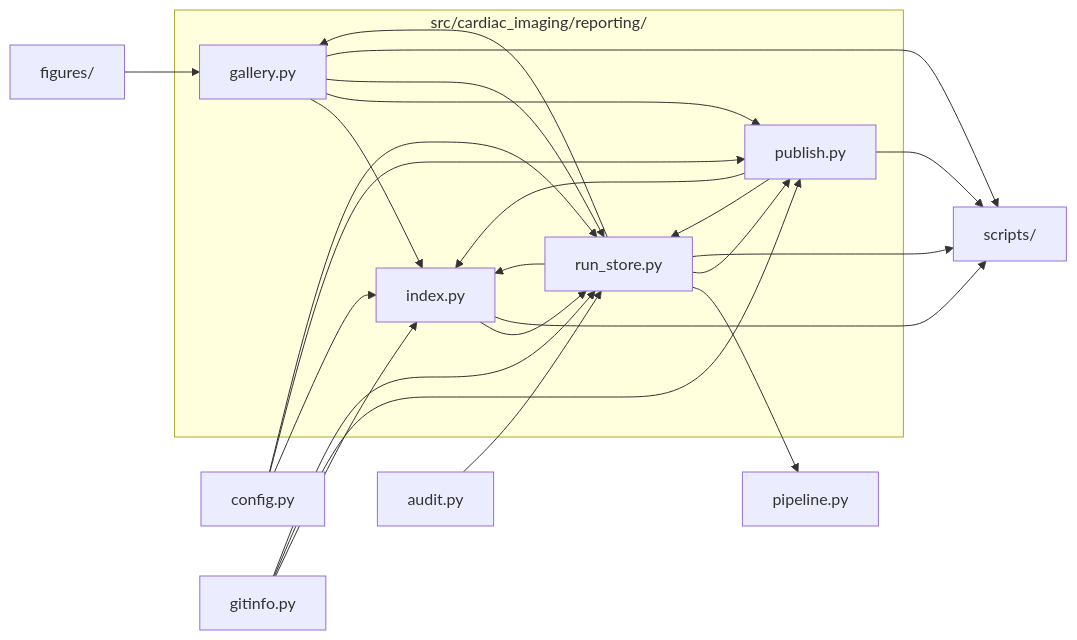
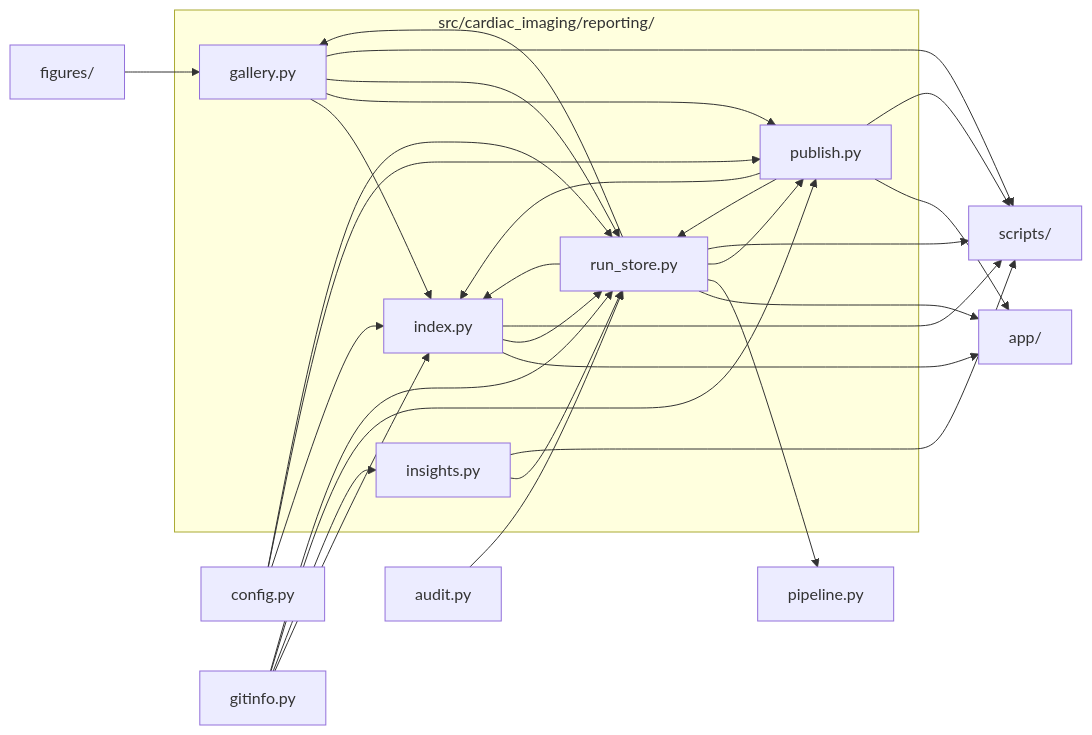
One commit to drsanjna/cardiac-imaging-medicare changed the diagram in src/cardiac_imaging/reporting/README.md. Above: the diagram before and after it, drawn with Mermaid. The commit also changed other lines of this file and 62 other files, not shown here.

````diff
--- a/src/cardiac_imaging/reporting/README.md
+++ b/src/cardiac_imaging/reporting/README.md
@@ -11,37 +11,45 @@
 ```mermaid
 flowchart LR
   subgraph here["src/cardiac_imaging/reporting/"]
     n_gallery_py["gallery.py"]
     n_index_py["index.py"]
+    n_insights_py["insights.py"]
     n_publish_py["publish.py"]
     n_run_store_py["run_store.py"]
   end
+  n_app_["app/"]
   n_audit_py["audit.py"]
   n_config_py["config.py"]
   n_figures_["figures/"]
   n_gitinfo_py["gitinfo.py"]
   n_pipeline_py["pipeline.py"]
   n_scripts_["scripts/"]
   n_audit_py --> n_run_store_py
   n_config_py --> n_index_py
   n_config_py --> n_publish_py
   n_config_py --> n_run_store_py
   n_figures_ --> n_gallery_py
   n_gallery_py --> n_index_py
   n_gallery_py --> n_publish_py
   n_gallery_py --> n_run_store_py
   n_gallery_py --> n_scripts_
   n_gitinfo_py --> n_index_py
+  n_gitinfo_py --> n_insights_py
   n_gitinfo_py --> n_publish_py
   n_gitinfo_py --> n_run_store_py
+  n_index_py --> n_app_
   n_index_py --> n_run_store_py
   n_index_py --> n_scripts_
+  n_insights_py --> n_run_store_py
+  n_insights_py --> n_scripts_
+  n_publish_py --> n_app_
   n_publish_py --> n_index_py
   n_publish_py --> n_run_store_py
   n_publish_py --> n_scripts_
+  n_run_store_py --> n_app_
   n_run_store_py --> n_gallery_py
   n_run_store_py --> n_index_py
   n_run_store_py --> n_pipeline_py
   n_run_store_py --> n_publish_py
   n_run_store_py --> n_scripts_
 ```
````
